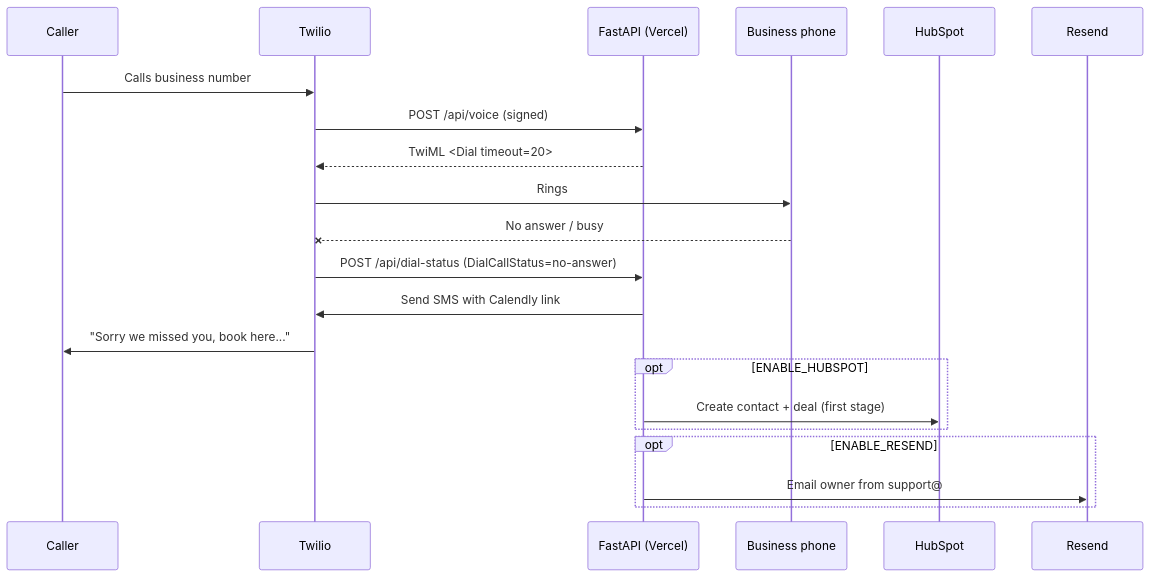
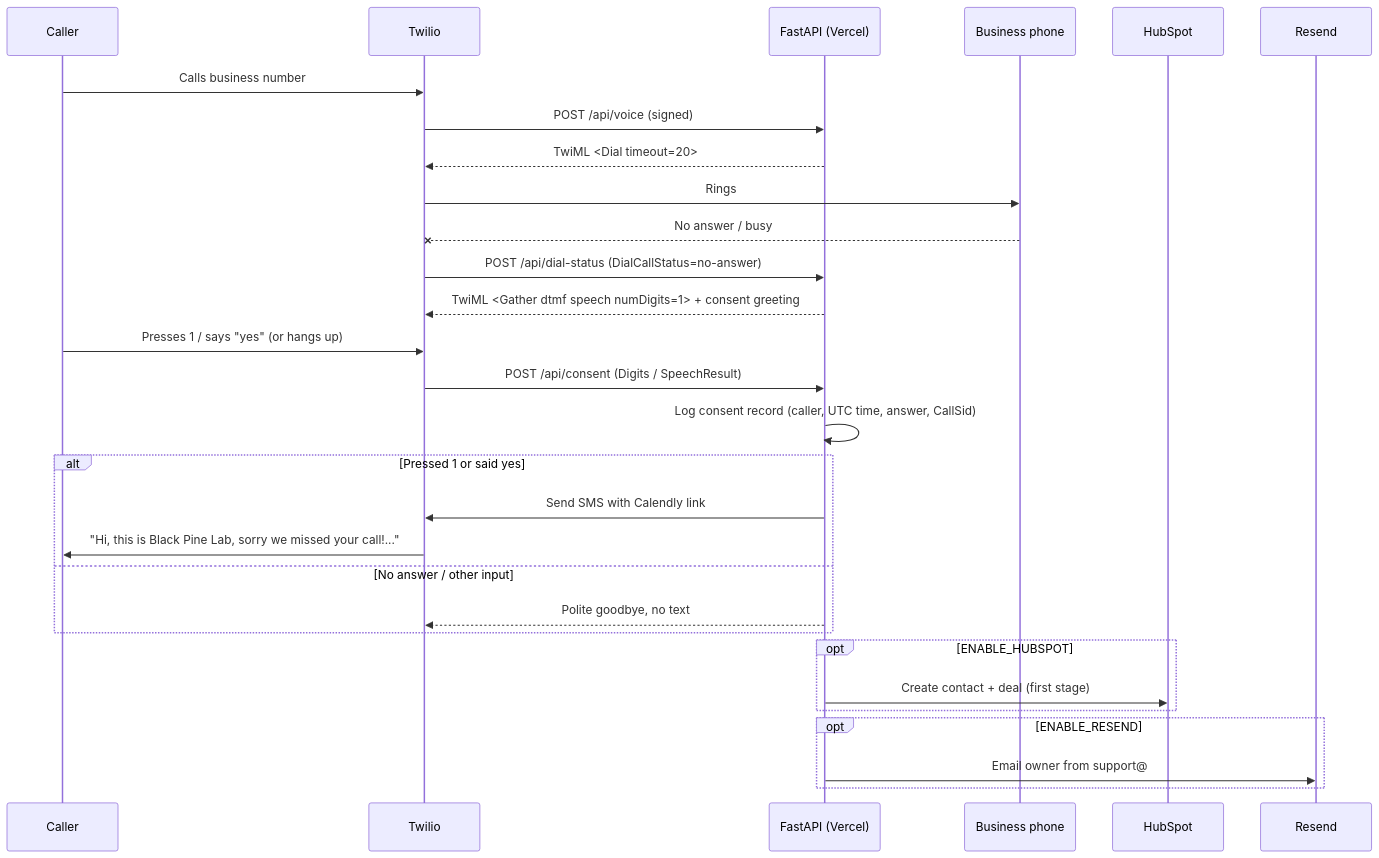
Before and after one commit to silasblackpine/missed-call-agent-demo: the diagram in README.md, drawn with Mermaid. The commit also changed other lines of this file and 4 other files, not shown here.

First line of the commit message:
Consent before text (#1)

````diff
--- a/README.md
+++ b/README.md
@@ -9,23 +9,31 @@
 ```mermaid
 sequenceDiagram
     participant Caller
     participant Twilio
     participant App as FastAPI (Vercel)
     participant Phone as Business phone
     participant HubSpot
     participant Resend
     Caller->>Twilio: Calls business number
     Twilio->>App: POST /api/voice (signed)
     App-->>Twilio: TwiML <Dial timeout=20>
     Twilio->>Phone: Rings
     Phone--xTwilio: No answer / busy
     Twilio->>App: POST /api/dial-status (DialCallStatus=no-answer)
-    App->>Twilio: Send SMS with Calendly link
-    Twilio->>Caller: "Sorry we missed you, book here..."
+    App-->>Twilio: TwiML <Gather dtmf speech numDigits=1> + consent greeting
+    Caller->>Twilio: Presses 1 / says "yes" (or hangs up)
+    Twilio->>App: POST /api/consent (Digits / SpeechResult)
+    App->>App: Log consent record (caller, UTC time, answer, CallSid)
+    alt Pressed 1 or said yes
+        App->>Twilio: Send SMS with Calendly link
+        Twilio->>Caller: "Hi, this is Black Pine Lab, sorry we missed your call!..."
+    else No answer / other input
+        App-->>Twilio: Polite goodbye, no text
+    end
     opt ENABLE_HUBSPOT
         App->>HubSpot: Create contact + deal (first stage)
     end
     opt ENABLE_RESEND
         App->>Resend: Email owner from support@
     end
 ```
````
